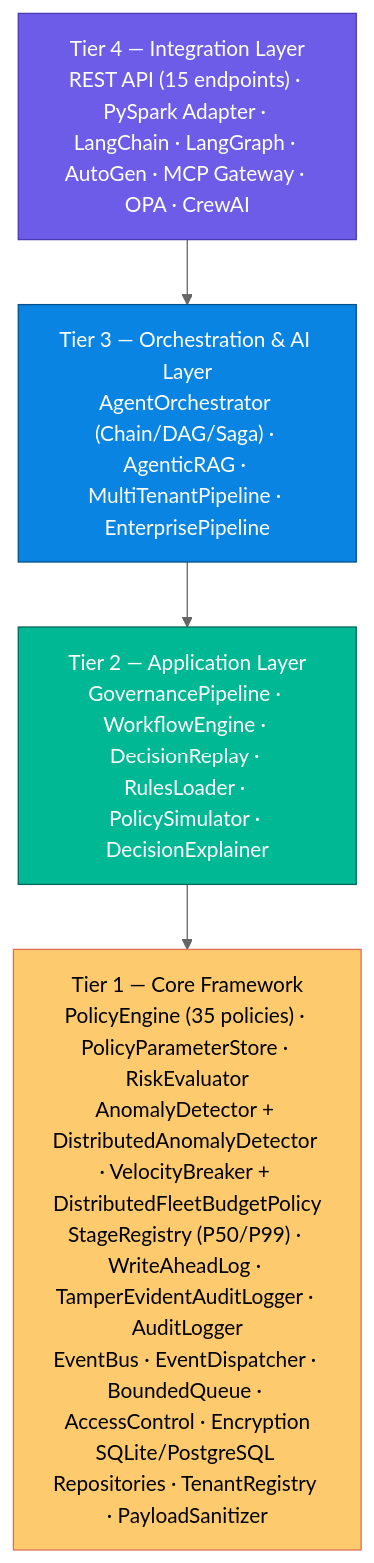
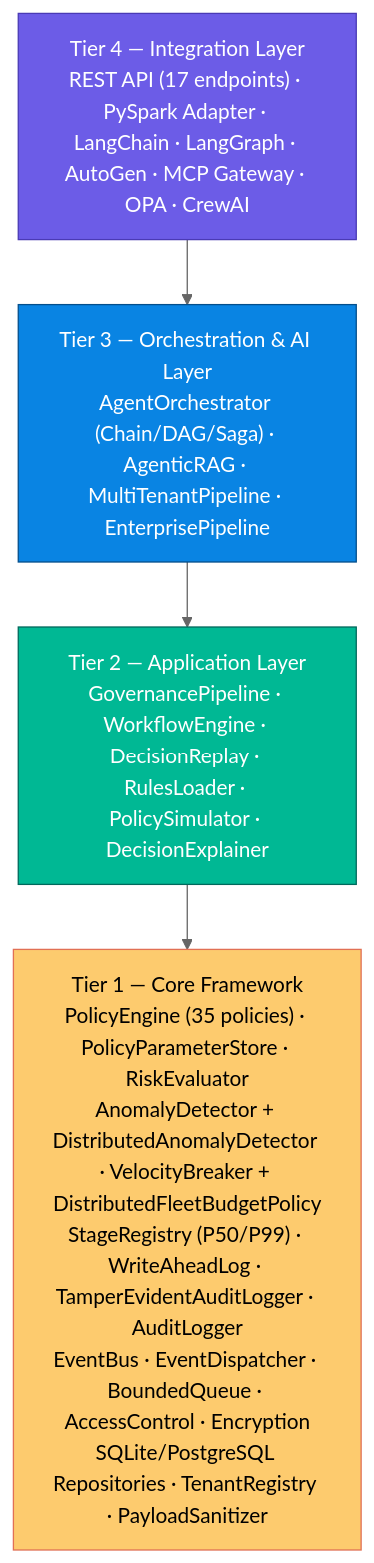
One commit to mohammedakbaransari/glassbox-agentic-governance changed the second of 12 diagrams in docs/DEVELOPMENT/architecture.md. Above: the diagram before and after it, drawn with Mermaid. The commit also changed other lines of this file and 33 other files, not shown here.

````diff
--- a/docs/DEVELOPMENT/architecture.md
+++ b/docs/DEVELOPMENT/architecture.md
@@ -36,15 +36,15 @@
 ```mermaid
 %%{init: {'theme': 'neutral', 'flowchart': {'curve': 'linear'}, 'themeVariables': {'fontFamily': 'Arial'}}}%%
 flowchart TB
     classDef t4 fill:#6c5ce7,stroke:#4a3ab5,color:#fff
     classDef t3 fill:#0984e3,stroke:#044f8c,color:#fff
     classDef t2 fill:#00b894,stroke:#00695c,color:#fff
     classDef t1 fill:#fdcb6e,stroke:#e17055,color:#000
 
-    T4["Tier 4 — Integration Layer\nREST API (15 endpoints) · PySpark Adapter · LangChain · LangGraph · AutoGen · MCP Gateway · OPA · CrewAI"]:::t4
+    T4["Tier 4 — Integration Layer\nREST API (17 endpoints) · PySpark Adapter · LangChain · LangGraph · AutoGen · MCP Gateway · OPA · CrewAI"]:::t4
     T3["Tier 3 — Orchestration & AI Layer\nAgentOrchestrator (Chain/DAG/Saga) · AgenticRAG · MultiTenantPipeline · EnterprisePipeline"]:::t3
     T2["Tier 2 — Application Layer\nGovernancePipeline · WorkflowEngine · DecisionReplay · RulesLoader · PolicySimulator · DecisionExplainer"]:::t2
     T1["Tier 1 — Core Framework\nPolicyEngine (35 policies) · PolicyParameterStore · RiskEvaluator\nAnomalyDetector + DistributedAnomalyDetector · VelocityBreaker + DistributedFleetBudgetPolicy\nStageRegistry (P50/P99) · WriteAheadLog · TamperEvidentAuditLogger · AuditLogger\nEventBus · EventDispatcher · BoundedQueue · AccessControl · Encryption\nSQLite/PostgreSQL Repositories · TenantRegistry · PayloadSanitizer"]:::t1
 
     T4 --> T3 --> T2 --> T1
 ```
````
